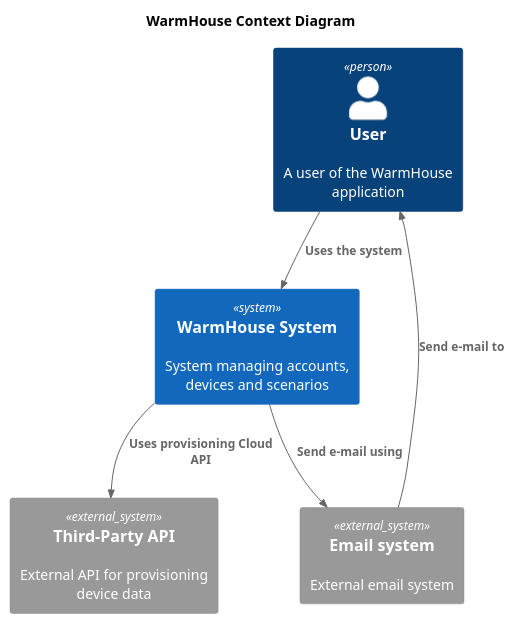
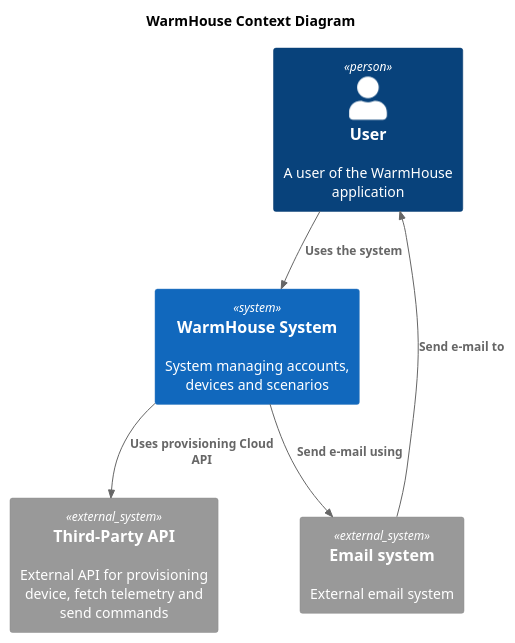
The diagram in diagrams/Context.puml (EvgenyTernovoy/warmhouse), drawn with PlantUML before and after one commit. The commit also changed 4 other files, not shown here.

Commit message:
fix: diagrams

```diff
--- a/diagrams/Context.puml
+++ b/diagrams/Context.puml
@@ -1,19 +1,19 @@
 @startuml
 title WarmHouse Context Diagram
 
 top to bottom direction
 
 !includeurl https://raw.githubusercontent.com/RicardoNiepel/C4-PlantUML/master/C4_Component.puml
 
 Person(user, "User", "A user of the WarmHouse application")
 System(WarmHouseSystem, "WarmHouse System", "System managing accounts, devices and scenarios")
 
-System_Ext(api, "Third-Party API", "External API for provisioning device data")
+System_Ext(api, "Third-Party API", "External API for provisioning device, fetch telemetry and send commands")
 System_Ext(email, "Email system", "External email system")
 
 Rel(user, WarmHouseSystem, "Uses the system")
 Rel(WarmHouseSystem, api,"Uses provisioning Cloud API")
 Rel(WarmHouseSystem, email,"Send e-mail using")
 Rel(email, user,"Send e-mail to")
 
 @enduml
```
